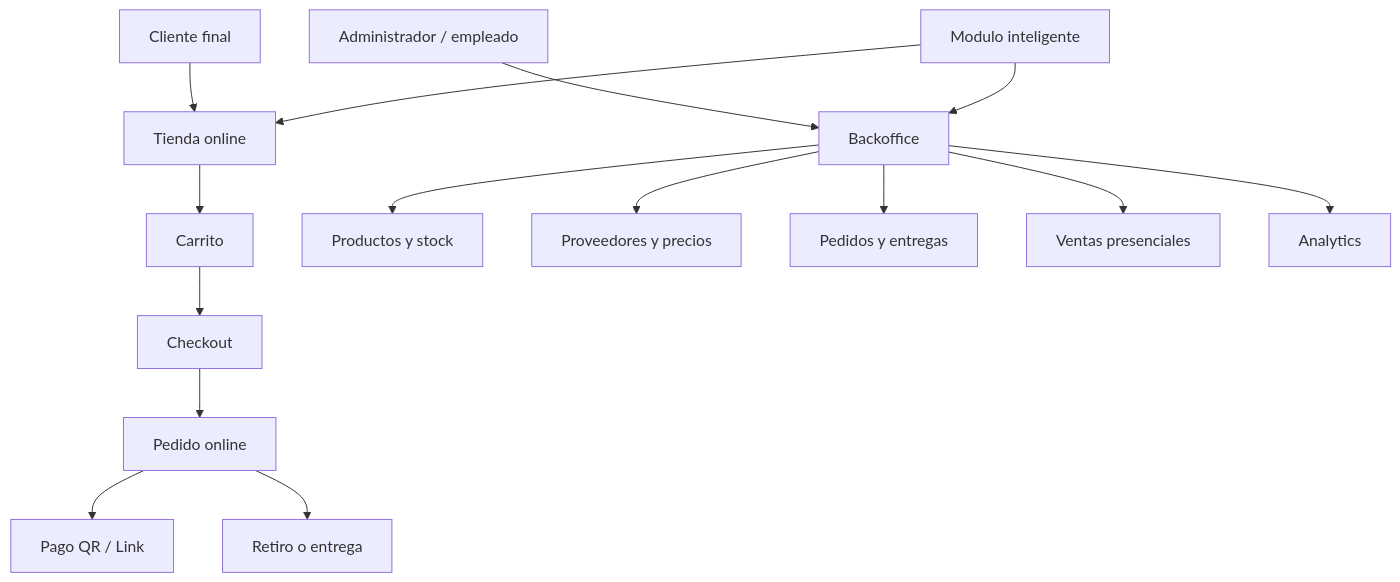
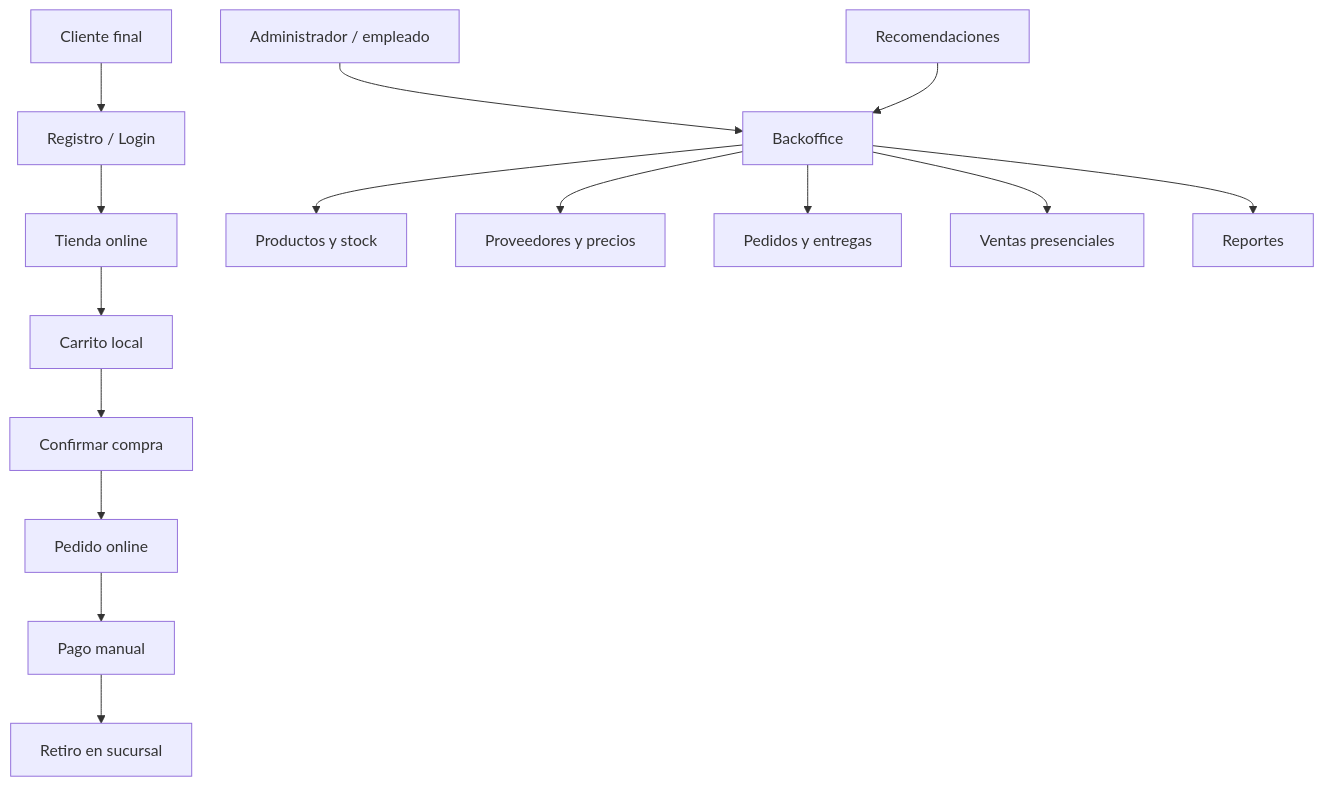
Before and after one commit to NachoOsella/tfi-lembas: the diagram in Documentation/Dietetica Lembas/01 - Contexto/Propuesta.md, drawn with Mermaid. The commit also changed 41 other files, not shown here.

````diff
--- a/Documentation/Dietetica Lembas/01 - Contexto/Propuesta.md
+++ b/Documentation/Dietetica Lembas/01 - Contexto/Propuesta.md
@@ -22,18 +22,18 @@
 ```mermaid
 %%{init: {"theme": "base", "themeVariables": {"darkMode": true, "background": "#1d2021", "primaryColor": "#32302f", "primaryTextColor": "#d4be98", "primaryBorderColor": "#d4be98", "lineColor": "#d4be98", "secondaryColor": "#32302f", "tertiaryColor": "#1d2021", "textColor": "#d4be98", "noteBkgColor": "#32302f", "noteTextColor": "#d4be98", "noteBorderColor": "#d8a657", "actorBkg": "#32302f", "actorTextColor": "#d4be98", "actorLineColor": "#d4be98", "signalColor": "#7daea3", "signalTextColor": "#d4be98", "labelBoxBkgColor": "#32302f", "labelBoxBorderColor": "#d4be98", "labelTextColor": "#d4be98", "loopTextColor": "#d4be98"}}%%
 flowchart TD
-    A[Cliente final] --> B[Tienda online]
-    B --> C[Carrito]
-    C --> D[Checkout]
-    D --> E[Pedido online]
-    E --> F[Pago QR / Link]
-    E --> G[Retiro o entrega]
-    H[Administrador / empleado] --> I[Backoffice]
-    I --> J[Productos y stock]
-    I --> K[Proveedores y precios]
-    I --> L[Pedidos y entregas]
-    I --> M[Ventas presenciales]
-    I --> N[Analytics]
-    O[Modulo inteligente] --> B
-    O --> I
+    A[Cliente final] --> B[Registro / Login]
+    B --> C[Tienda online]
+    C --> D[Carrito local]
+    D --> E[Confirmar compra]
+    E --> F[Pedido online]
+    F --> G[Pago manual]
+    G --> H[Retiro en sucursal]
+    I[Administrador / empleado] --> J[Backoffice]
+    J --> K[Productos y stock]
+    J --> L[Proveedores y precios]
+    J --> M[Pedidos y entregas]
+    J --> N[Ventas presenciales]
+    J --> O[Reportes]
+    P[Recomendaciones] --> J
 ```
````
